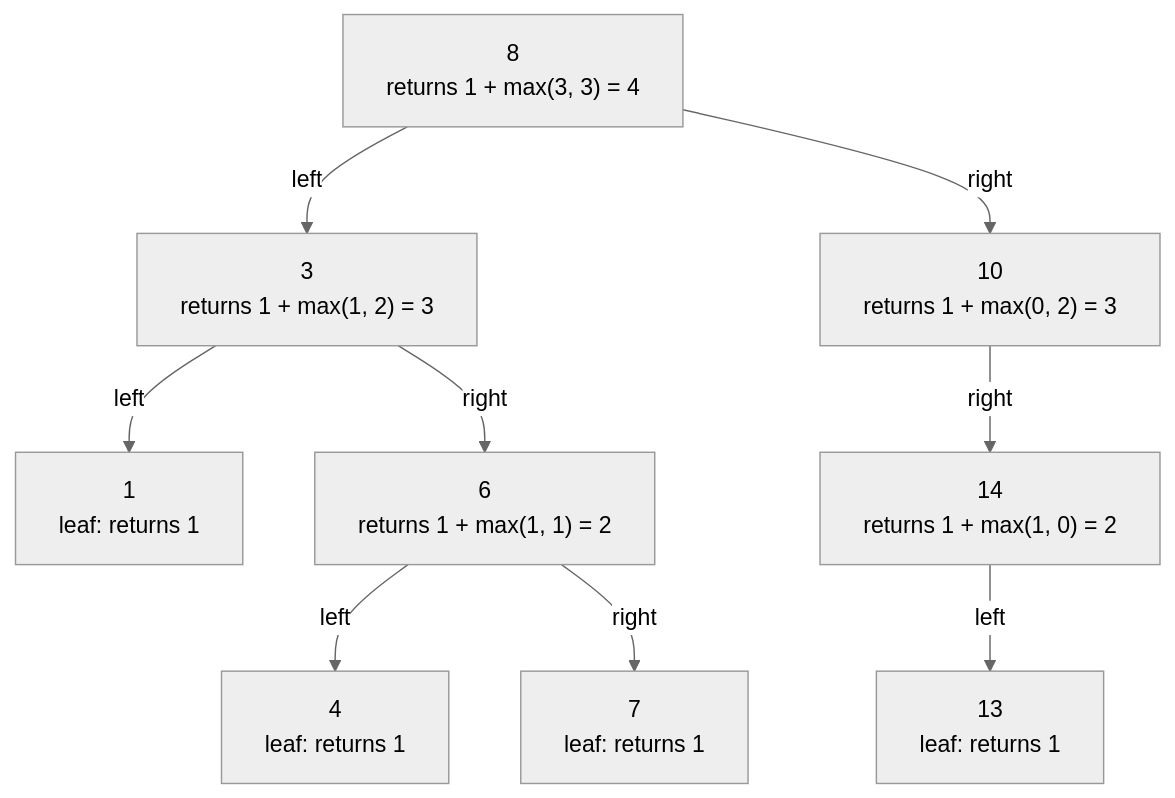
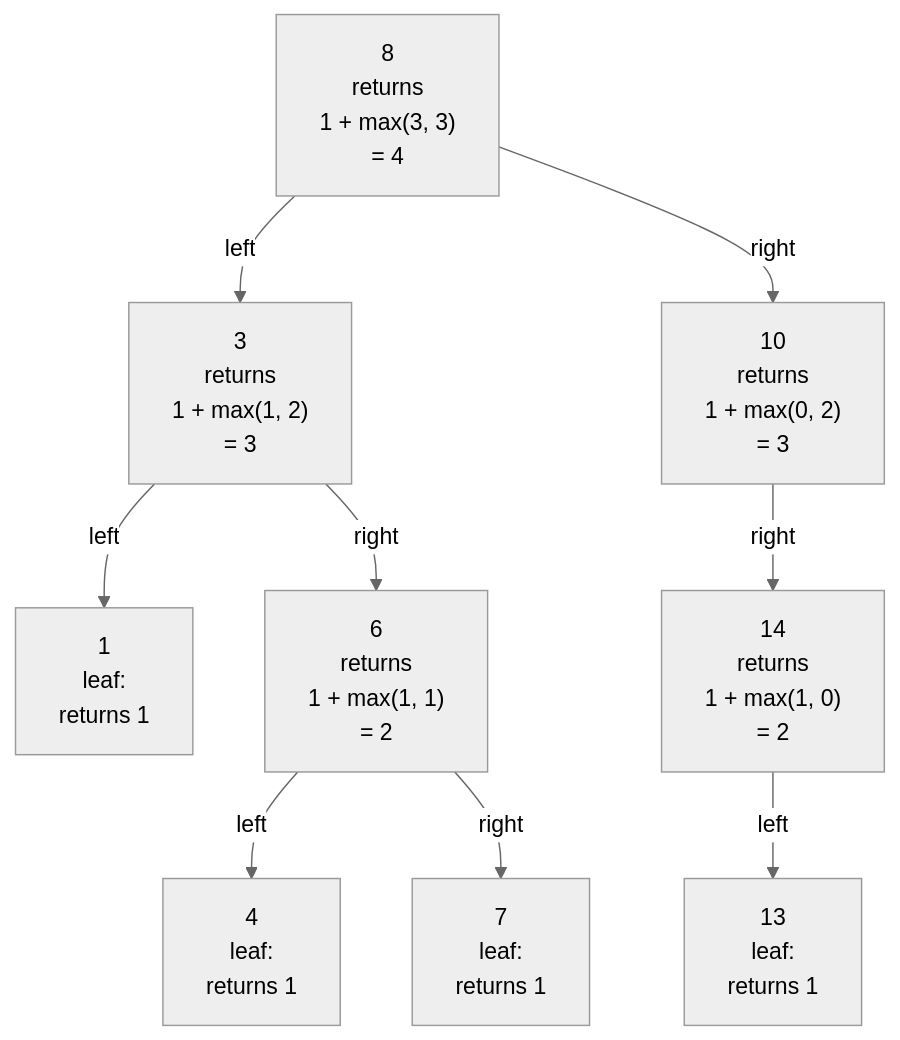
Before and after one commit to duongbui234/software-engineering-atlas: the first of 2 diagrams in content/en/problems/maximum-depth-of-binary-tree.md, drawn with Mermaid (neutral theme). The commit also changed other lines of this file and 134 other files, not shown here.

First line of the commit message:
Fit every Mermaid diagram at 390px without sideways scroll (#56)

````diff
--- a/content/en/problems/maximum-depth-of-binary-tree.md
+++ b/content/en/problems/maximum-depth-of-binary-tree.md
@@ -57,11 +57,11 @@
 ```mermaid
 flowchart TB
-  N8["8<br/>returns 1 + max(3, 3) = 4"] -->|left| N3["3<br/>returns 1 + max(1, 2) = 3"]
-  N8 -->|right| N10["10<br/>returns 1 + max(0, 2) = 3"]
-  N3 -->|left| N1["1<br/>leaf: returns 1"]
-  N3 -->|right| N6["6<br/>returns 1 + max(1, 1) = 2"]
-  N10 -->|right| N14["14<br/>returns 1 + max(1, 0) = 2"]
-  N6 -->|left| N4["4<br/>leaf: returns 1"]
-  N6 -->|right| N7["7<br/>leaf: returns 1"]
-  N14 -->|left| N13["13<br/>leaf: returns 1"]
+  N8["8<br/>returns<br/>1 + max(3, 3)<br/>= 4"] -->|left| N3["3<br/>returns<br/>1 + max(1, 2)<br/>= 3"]
+  N8 -->|right| N10["10<br/>returns<br/>1 + max(0, 2)<br/>= 3"]
+  N3 -->|left| N1["1<br/>leaf:<br/>returns 1"]
+  N3 -->|right| N6["6<br/>returns<br/>1 + max(1, 1)<br/>= 2"]
+  N10 -->|right| N14["14<br/>returns<br/>1 + max(1, 0)<br/>= 2"]
+  N6 -->|left| N4["4<br/>leaf:<br/>returns 1"]
+  N6 -->|right| N7["7<br/>leaf:<br/>returns 1"]
+  N14 -->|left| N13["13<br/>leaf:<br/>returns 1"]
 ```
````
